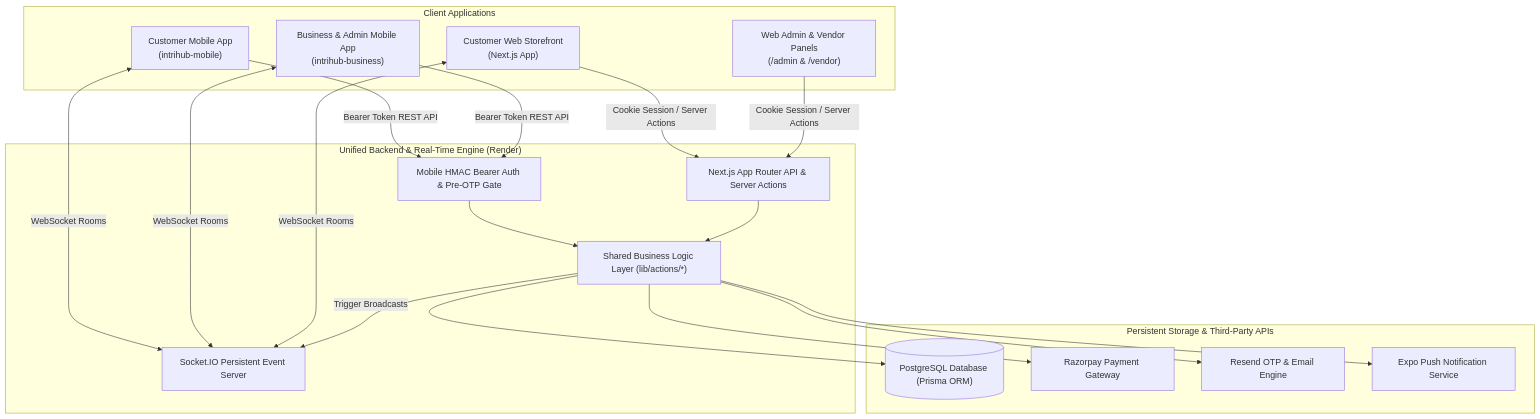
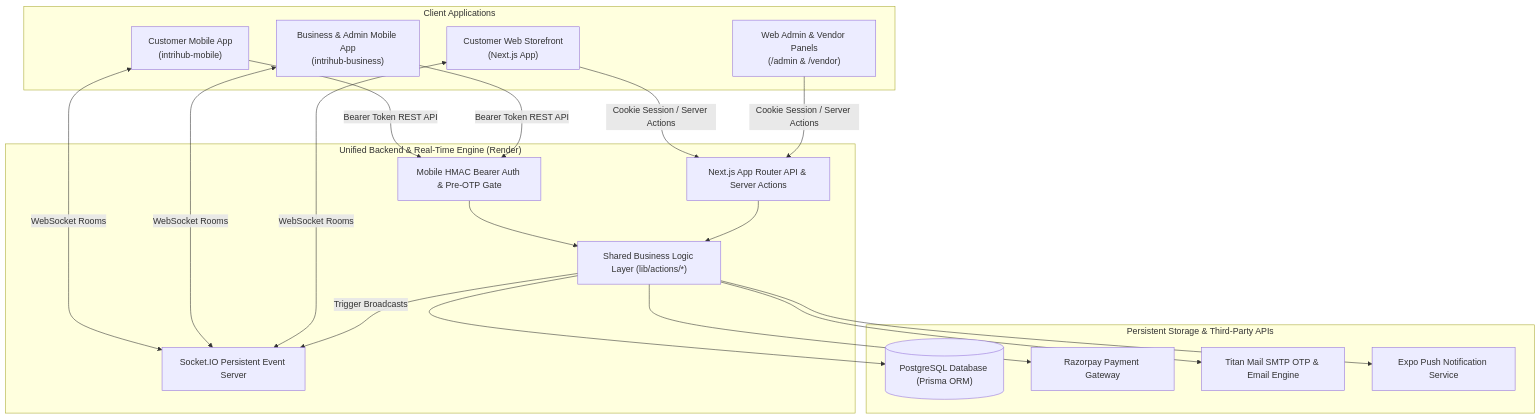
The first of 2 diagrams in INTRIHUB-ARCHITECTURE.md (moahmad78/tiletra), drawn with Mermaid before and after one commit. The commit also changed other lines of this file and 121 other files, not shown here.

Commit message:
feat(auth): remove password login option, replace resend with direct SMTP mail utility, and update auth flows

````diff
--- a/INTRIHUB-ARCHITECTURE.md
+++ b/INTRIHUB-ARCHITECTURE.md
@@ -14,41 +14,41 @@
 ```mermaid
 graph TD
     subgraph Clients ["Client Applications"]
         WebStore["Customer Web Storefront<br/>(Next.js App)"]
         WebPanels["Web Admin & Vendor Panels<br/>(/admin & /vendor)"]
         MobileCust["Customer Mobile App<br/>(intrihub-mobile)"]
         MobileBiz["Business & Admin Mobile App<br/>(intrihub-business)"]
     end
 
     subgraph BackendGateway ["Unified Backend & Real-Time Engine (Render)"]
         NextServer["Next.js App Router API & Server Actions"]
         MobileAuth["Mobile HMAC Bearer Auth & Pre-OTP Gate"]
         SocketEngine["Socket.IO Persistent Event Server"]
         ServiceLayer["Shared Business Logic Layer (lib/actions/*)"]
     end
 
     subgraph DataServices ["Persistent Storage & Third-Party APIs"]
         PostgresDB[("PostgreSQL Database (Prisma ORM)")]
         RazorpayGateway["Razorpay Payment Gateway"]
-        ResendMail["Resend OTP & Email Engine"]
+        TitanMail["Titan Mail SMTP OTP & Email Engine"]
         ExpoPush["Expo Push Notification Service"]
     end
 
     WebStore -->|Cookie Session / Server Actions| NextServer
     WebPanels -->|Cookie Session / Server Actions| NextServer
     MobileCust -->|Bearer Token REST API| MobileAuth
     MobileBiz -->|Bearer Token REST API| MobileAuth
 
     MobileAuth --> ServiceLayer
     NextServer --> ServiceLayer
 
     MobileCust <-->|WebSocket Rooms| SocketEngine
     MobileBiz <-->|WebSocket Rooms| SocketEngine
     WebStore <-->|WebSocket Rooms| SocketEngine
 
     ServiceLayer --> PostgresDB
     ServiceLayer --> RazorpayGateway
-    ServiceLayer --> ResendMail
+    ServiceLayer --> TitanMail
     ServiceLayer --> ExpoPush
     ServiceLayer -->|Trigger Broadcasts| SocketEngine
 ```
````
